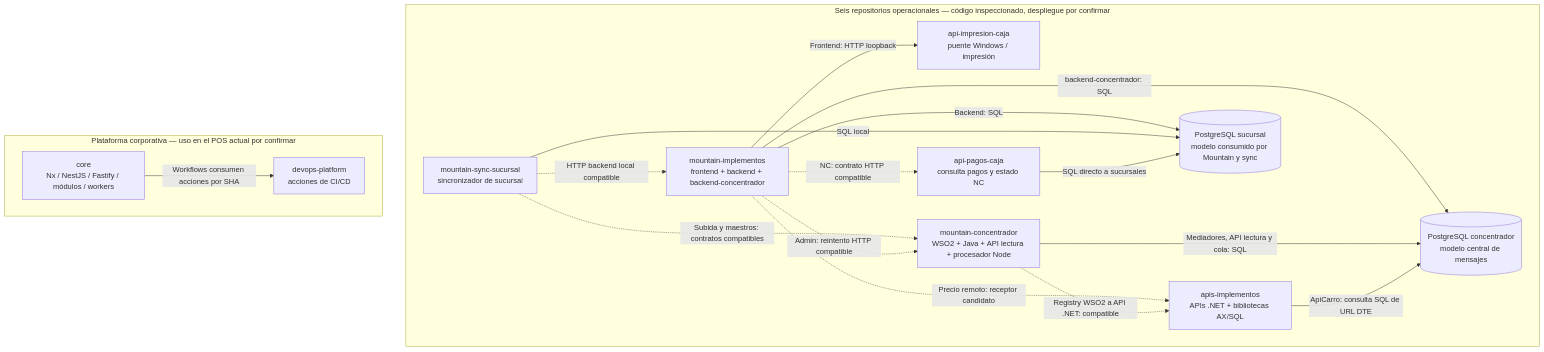
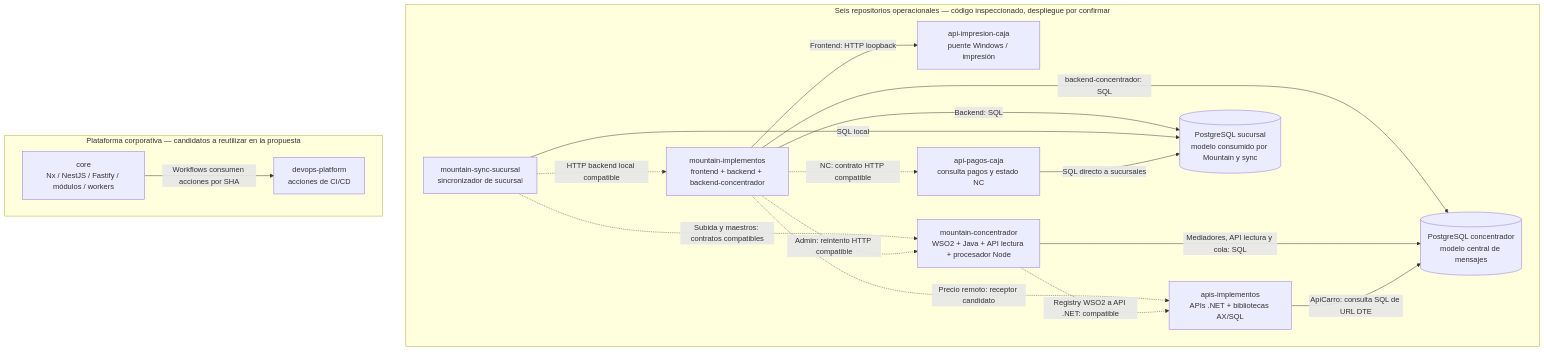
Before and after one commit to floxcristian/pos-architecture: the first of 2 diagrams in docs/mapa-repositorios-y-conexiones.md, drawn with Mermaid. The commit also changed other lines of this file and 10 other files, not shown here.

Commit message:
Concentrar la reutilización corporativa en la propuesta

````diff
--- a/docs/mapa-repositorios-y-conexiones.md
+++ b/docs/mapa-repositorios-y-conexiones.md
@@ -47,31 +47,31 @@
 ```mermaid
 flowchart TB
     subgraph POS["Seis repositorios operacionales — código inspeccionado, despliegue por confirmar"]
         MI["mountain-implementos<br/>frontend + backend + backend-concentrador"]
         SY["mountain-sync-sucursal<br/>sincronizador de sucursal"]
         MC["mountain-concentrador<br/>WSO2 + Java + API lectura + procesador Node"]
         PR["api-impresion-caja<br/>puente Windows / impresión"]
         PA["api-pagos-caja<br/>consulta pagos y estado NC"]
         AP["apis-implementos<br/>APIs .NET + bibliotecas AX/SQL"]
         PGS[("PostgreSQL sucursal<br/>modelo consumido por Mountain y sync")]
         PGC[("PostgreSQL concentrador<br/>modelo central de mensajes")]
         MI -->|"Frontend: HTTP loopback"| PR
         MI -.->|"NC: contrato HTTP compatible"| PA
         MI -.->|"Precio remoto: receptor candidato"| AP
         SY -.->|"HTTP backend local compatible"| MI
         MI -->|"Backend: SQL"| PGS
         SY -->|"SQL local"| PGS
         PA -->|"SQL directo a sucursales"| PGS
         SY -.->|"Subida y maestros: contratos compatibles"| MC
         MI -.->|"Admin: reintento HTTP compatible"| MC
         MI -->|"backend-concentrador: SQL"| PGC
         MC -->|"Mediadores, API lectura y cola: SQL"| PGC
         AP -->|"ApiCarro: consulta SQL de URL DTE"| PGC
         MC -.->|"Registry WSO2 a API .NET: compatible"| AP
     end
-    subgraph REF["Plataforma corporativa — uso en el POS actual por confirmar"]
+    subgraph REF["Plataforma corporativa — candidatos a reutilizar en la propuesta"]
         CO["core<br/>Nx / NestJS / Fastify / módulos / workers"]
         DV["devops-platform<br/>acciones de CI/CD"]
         CO -->|"Workflows consumen acciones por SHA"| DV
     end
 ```
````
